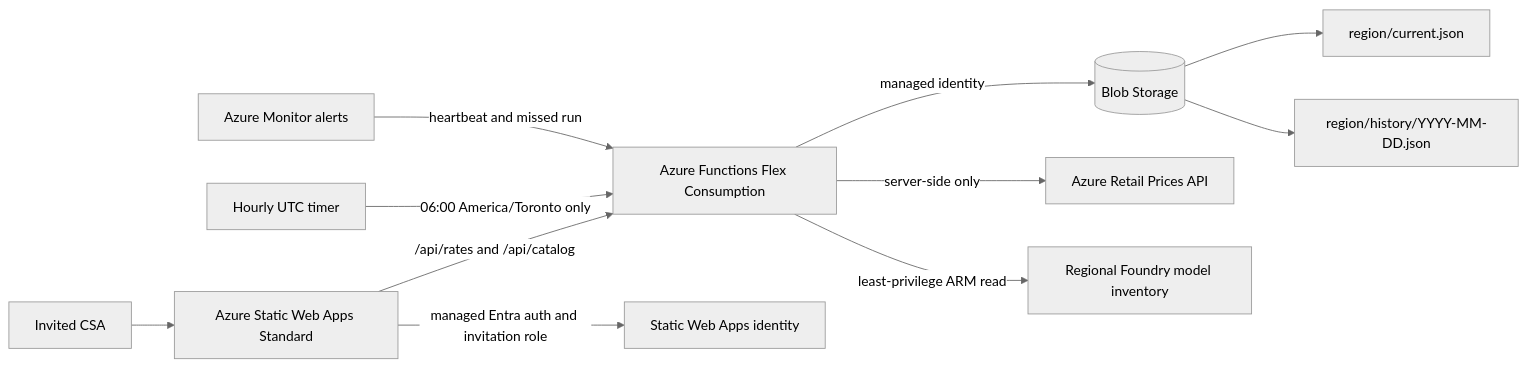
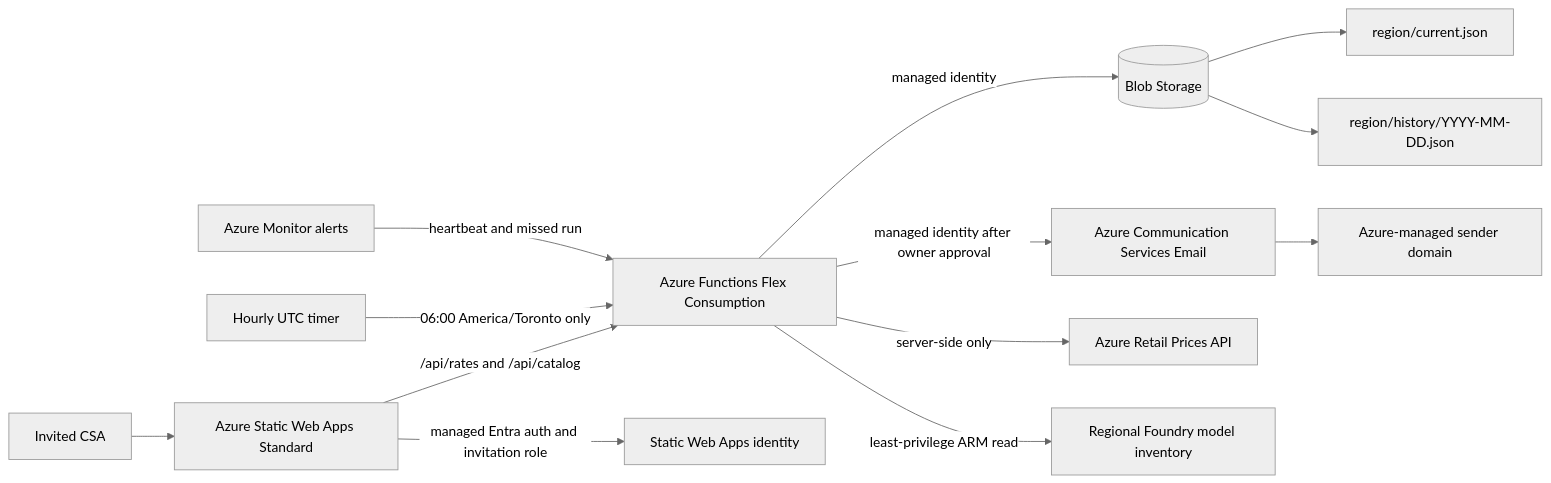
The diagram in README.md (ritwickmicrosoft/foundry-cost-lab), drawn with Mermaid (neutral theme) before and after one commit. The commit also changed other lines of this file and 14 other files, not shown here.

````diff
--- a/README.md
+++ b/README.md
@@ -34,13 +34,15 @@
 ```mermaid
 flowchart LR
   User[Invited CSA] --> SWA[Azure Static Web Apps Standard]
   SWA -->|/api/rates and /api/catalog| API[Azure Functions Flex Consumption]
   SWA -->|managed Entra auth and invitation role| Identity[Static Web Apps identity]
   API -->|managed identity| Blob[(Blob Storage)]
+  API -->|managed identity after owner approval| ACS[Azure Communication Services Email]
+  ACS --> ManagedDomain[Azure-managed sender domain]
   Timer[Hourly UTC timer] -->|06:00 America/Toronto only| API
   API -->|server-side only| Retail[Azure Retail Prices API]
   API -->|least-privilege ARM read| Catalog[Regional Foundry model inventory]
   Monitor[Azure Monitor alerts] -->|heartbeat and missed run| API
   Blob --> Current[region/current.json]
   Blob --> History[region/history/YYYY-MM-DD.json]
 ```
````
